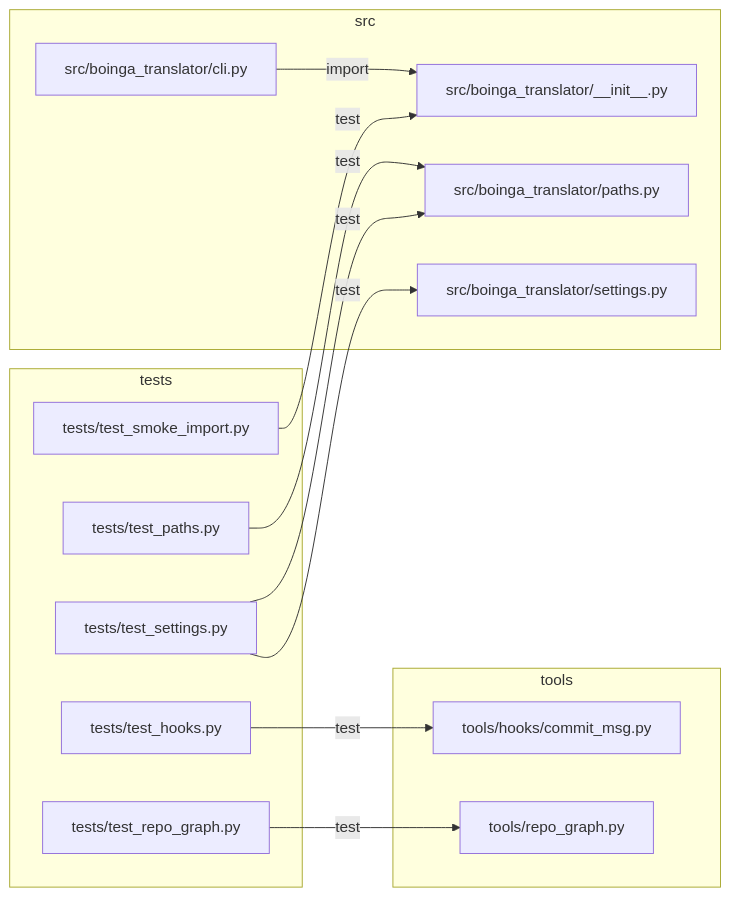
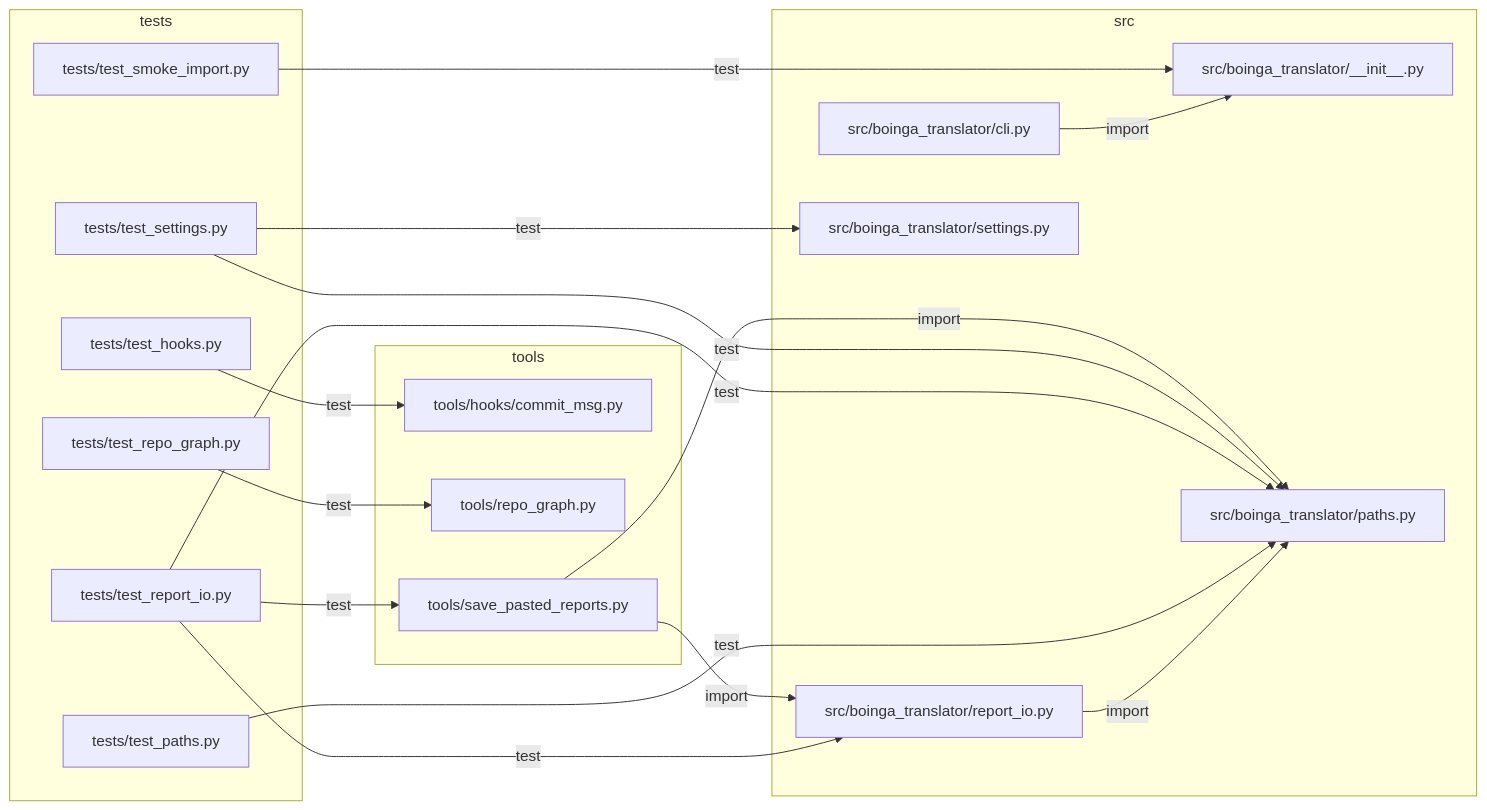
One commit to asparagusD/boinga-translator changed the diagram in docs/REPO_GRAPH.md. Above: the diagram before and after it, drawn with Mermaid. The commit also changed other lines of this file and 6 other files, not shown here.

````diff
--- a/docs/REPO_GRAPH.md
+++ b/docs/REPO_GRAPH.md
@@ -57,27 +60,36 @@
 ```mermaid
 graph LR
   subgraph sg_src["src"]
     n_src_boinga_translator___init___py["src/boinga_translator/__init__.py"]
     n_src_boinga_translator_cli_py["src/boinga_translator/cli.py"]
     n_src_boinga_translator_paths_py["src/boinga_translator/paths.py"]
+    n_src_boinga_translator_report_io_py["src/boinga_translator/report_io.py"]
     n_src_boinga_translator_settings_py["src/boinga_translator/settings.py"]
   end
   subgraph sg_tests["tests"]
     n_tests_test_hooks_py["tests/test_hooks.py"]
     n_tests_test_paths_py["tests/test_paths.py"]
     n_tests_test_repo_graph_py["tests/test_repo_graph.py"]
+    n_tests_test_report_io_py["tests/test_report_io.py"]
     n_tests_test_settings_py["tests/test_settings.py"]
     n_tests_test_smoke_import_py["tests/test_smoke_import.py"]
   end
   subgraph sg_tools["tools"]
     n_tools_hooks_commit_msg_py["tools/hooks/commit_msg.py"]
     n_tools_repo_graph_py["tools/repo_graph.py"]
+    n_tools_save_pasted_reports_py["tools/save_pasted_reports.py"]
   end
   n_src_boinga_translator_cli_py -->|import| n_src_boinga_translator___init___py
+  n_src_boinga_translator_report_io_py -->|import| n_src_boinga_translator_paths_py
   n_tests_test_hooks_py -->|test| n_tools_hooks_commit_msg_py
   n_tests_test_paths_py -->|test| n_src_boinga_translator_paths_py
   n_tests_test_repo_graph_py -->|test| n_tools_repo_graph_py
+  n_tests_test_report_io_py -->|test| n_src_boinga_translator_paths_py
+  n_tests_test_report_io_py -->|test| n_src_boinga_translator_report_io_py
+  n_tests_test_report_io_py -->|test| n_tools_save_pasted_reports_py
   n_tests_test_settings_py -->|test| n_src_boinga_translator_paths_py
   n_tests_test_settings_py -->|test| n_src_boinga_translator_settings_py
   n_tests_test_smoke_import_py -->|test| n_src_boinga_translator___init___py
+  n_tools_save_pasted_reports_py -->|import| n_src_boinga_translator_paths_py
+  n_tools_save_pasted_reports_py -->|import| n_src_boinga_translator_report_io_py
 ```
````
